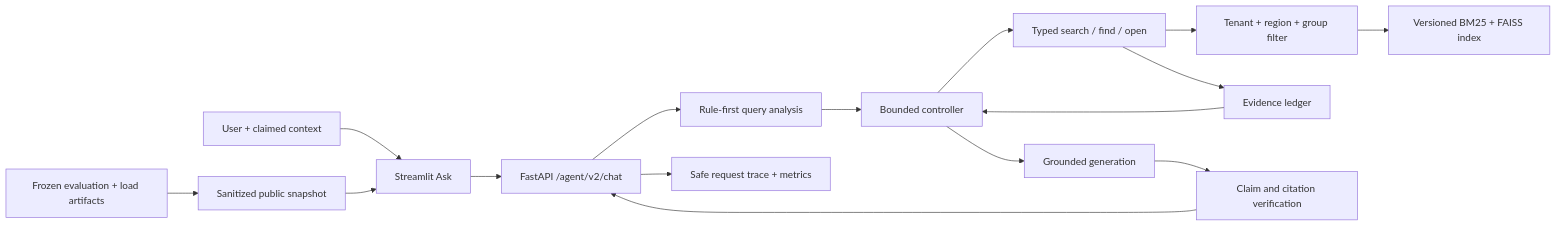
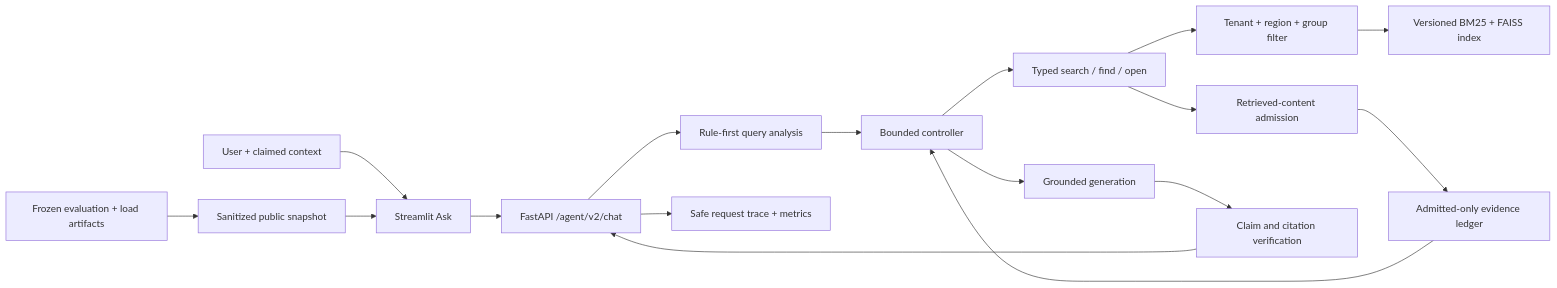
One commit to godofxuan/Attempt-of-enterprise-rag-copilot changed the diagram in README.md. Above: the diagram before and after it, drawn with Mermaid. The commit also changed other lines of this file and 38 other files, not shown here.

Commit message:
feat: enforce guarded retrieved-content boundary

````diff
--- a/README.md
+++ b/README.md
@@ -15,18 +15,19 @@
 ```mermaid
 flowchart LR
     U["User + claimed context"] --> UI["Streamlit Ask"]
     UI --> API["FastAPI /agent/v2/chat"]
     API --> Q["Rule-first query analysis"]
     Q --> C["Bounded controller"]
     C --> T["Typed search / find / open"]
     T --> ACL["Tenant + region + group filter"]
     ACL --> IDX["Versioned BM25 + FAISS index"]
-    T --> L["Evidence ledger"]
+    T --> RCG["Retrieved-content admission"]
+    RCG --> L["Admitted-only evidence ledger"]
     L --> C
     C --> G["Grounded generation"]
     G --> V["Claim and citation verification"]
     V --> API
     API --> O["Safe request trace + metrics"]
     E["Frozen evaluation + load artifacts"] --> S["Sanitized public snapshot"]
     S --> UI
 ```
````
